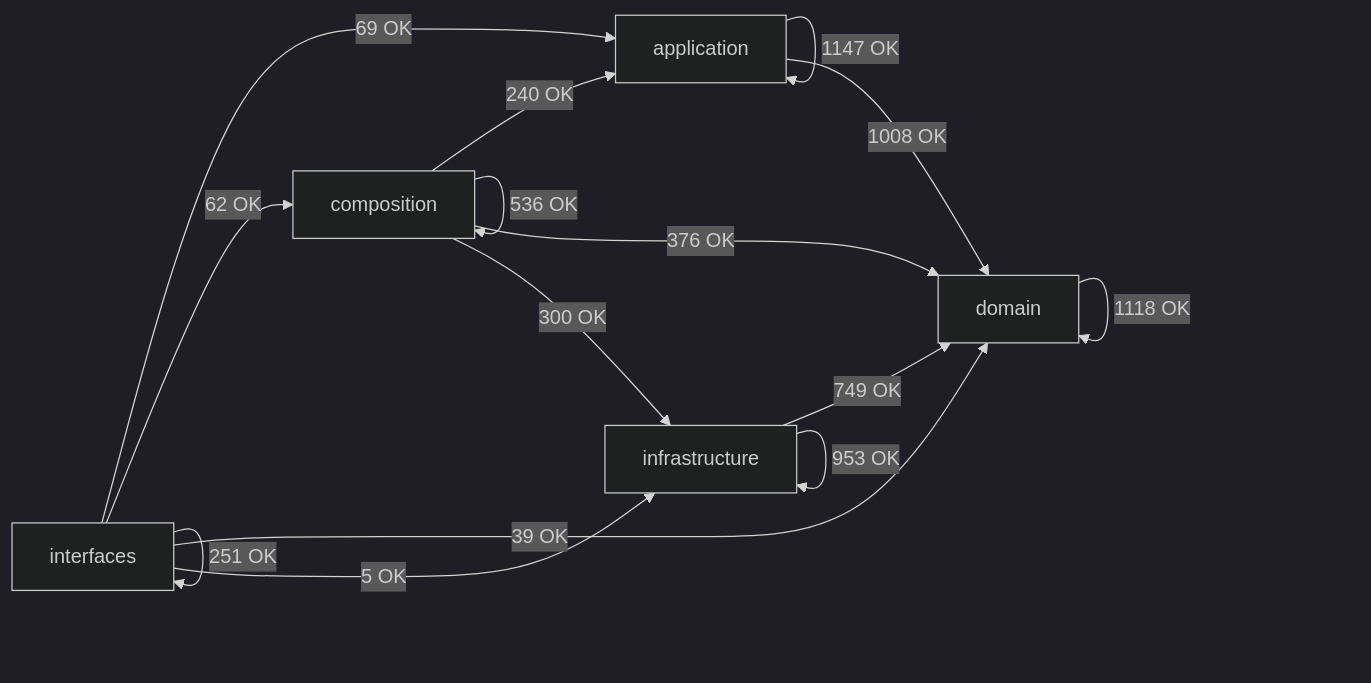
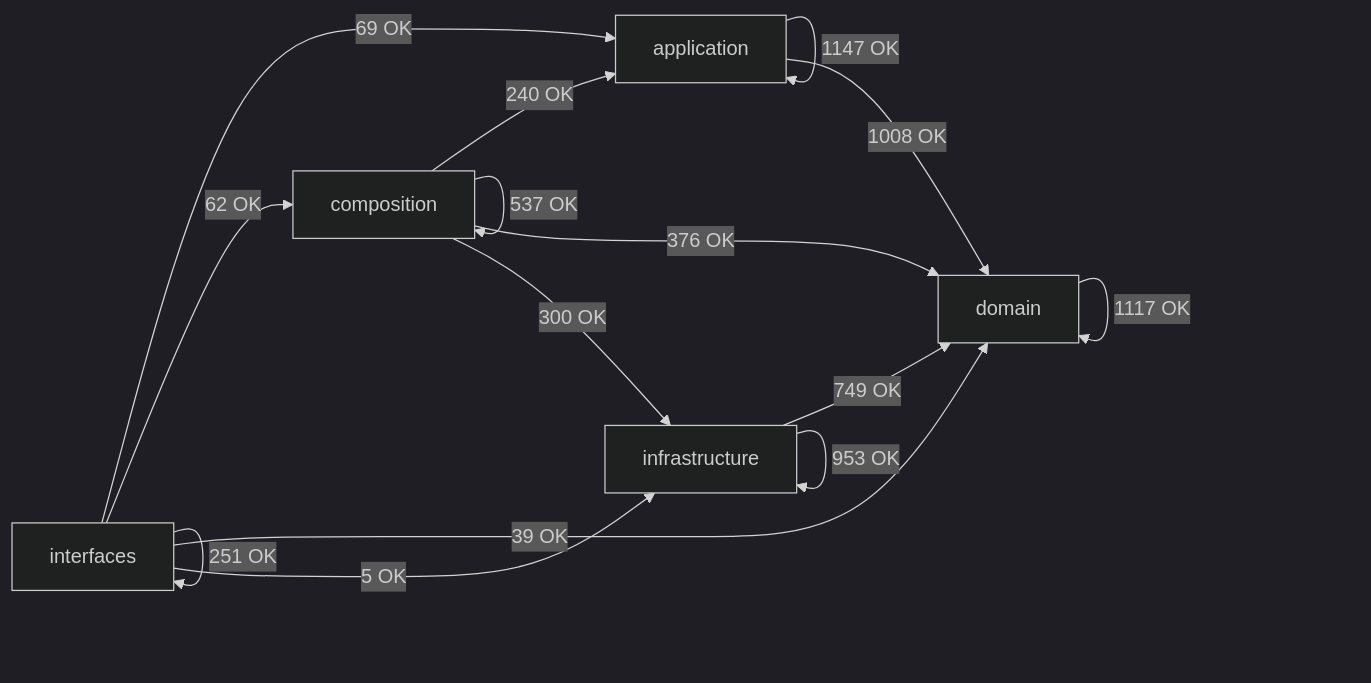
The diagram in docs/02-architecture/generated/module-dependency-map.md (SatoryKono/BioactivityDataAcquisition), drawn with Mermaid (dark theme) before and after one commit. The commit also changed other lines of this file and 5 other files, not shown here.

````diff
--- a/docs/02-architecture/generated/module-dependency-map.md
+++ b/docs/02-architecture/generated/module-dependency-map.md
@@ -17,22 +17,22 @@
 ```mermaid
 flowchart LR
     domain[domain]
     application[application]
     infrastructure[infrastructure]
     composition[composition]
     interfaces[interfaces]
     application -->|1147 OK| application
     application -->|1008 OK| domain
     composition -->|240 OK| application
-    composition -->|536 OK| composition
+    composition -->|537 OK| composition
     composition -->|376 OK| domain
     composition -->|300 OK| infrastructure
-    domain -->|1118 OK| domain
+    domain -->|1117 OK| domain
     infrastructure -->|749 OK| domain
     infrastructure -->|953 OK| infrastructure
     interfaces -->|69 OK| application
     interfaces -->|62 OK| composition
     interfaces -->|39 OK| domain
     interfaces -->|5 OK| infrastructure
     interfaces -->|251 OK| interfaces
 ```
````
